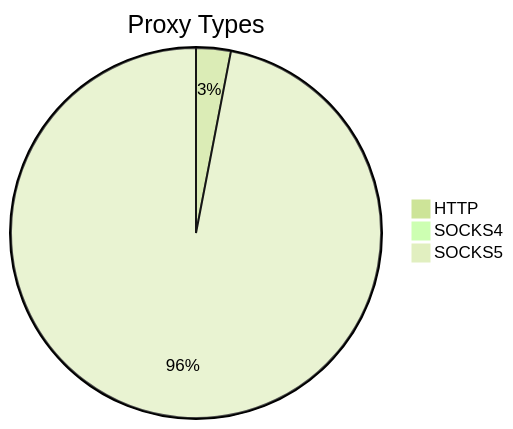
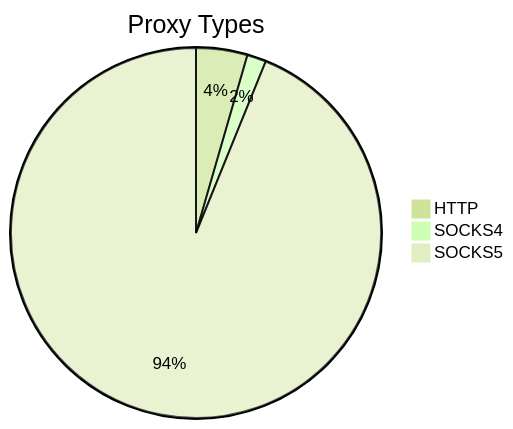
Before and after one commit to stormsia/proxy-list: the first of 2 diagrams in README.md, drawn with Mermaid (forest theme). The commit also changed other lines of this file, not shown here.

````diff
--- a/README.md
+++ b/README.md
@@ -21,6 +21,6 @@
 ```mermaid
 pie title Proxy Types
-    "HTTP" : 119
-    "SOCKS4" : 33
-    "SOCKS5" : 3812
+    "HTTP" : 156
+    "SOCKS4" : 58
+    "SOCKS5" : 3270
 ```
````
